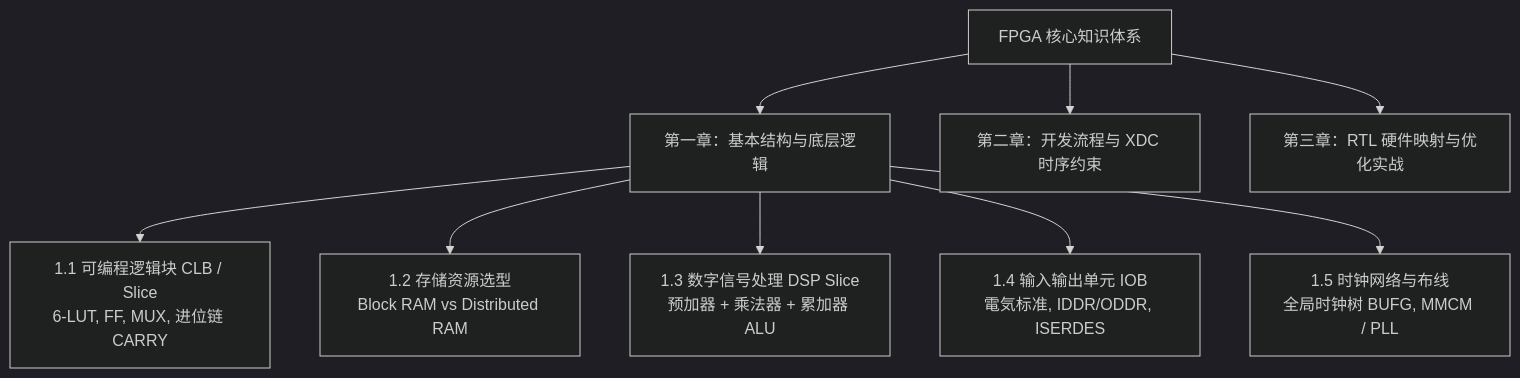
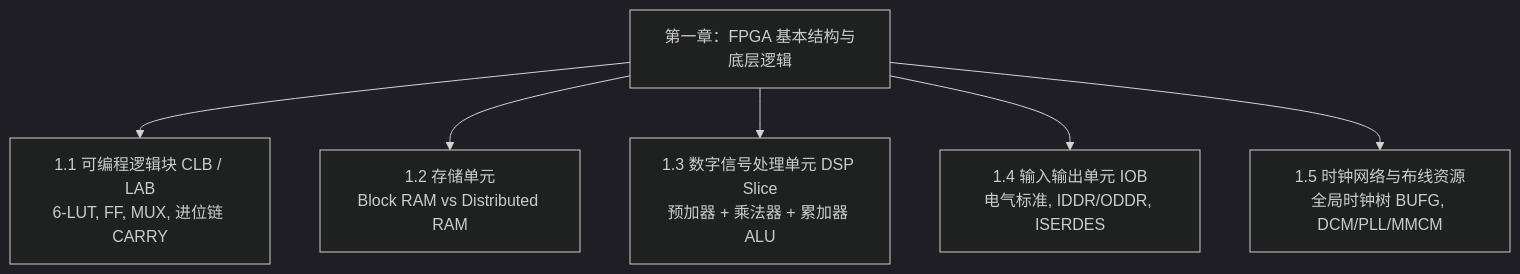
Before and after one commit to hyh20050326-web/notes: the diagram in docs/fpga/index.md, drawn with Mermaid (dark theme). The commit also changed other lines of this file and 3 other files, not shown here.

````diff
--- a/docs/fpga/index.md
+++ b/docs/fpga/index.md
@@ -11,12 +11,8 @@
 ```mermaid
 graph TD
-    A[FPGA 核心知识体系] --> B[第一章：基本结构与底层逻辑]
-    A --> C[第二章：开发流程与 XDC 时序约束]
-    A --> D[第三章：RTL 硬件映射与优化实战]
-
-    B --> B1[1.1 可编程逻辑块 CLB / Slice<br>6-LUT, FF, MUX, 进位链 CARRY]
-    B --> B2[1.2 存储资源选型<br>Block RAM vs Distributed RAM]
-    B --> B3[1.3 数字信号处理 DSP Slice<br>预加器 + 乘法器 + 累加器 ALU]
-    B --> B4[1.4 输入输出单元 IOB<br>電気标准, IDDR/ODDR, ISERDES]
-    B --> B5[1.5 时钟网络与布线<br>全局时钟树 BUFG, MMCM / PLL]
+    B[第一章：FPGA 基本结构与底层逻辑] --> B1[1.1 可编程逻辑块 CLB / LAB<br>6-LUT, FF, MUX, 进位链 CARRY]
+    B --> B2[1.2 存储单元<br>Block RAM vs Distributed RAM]
+    B --> B3[1.3 数字信号处理单元 DSP Slice<br>预加器 + 乘法器 + 累加器 ALU]
+    B --> B4[1.4 输入输出单元 IOB<br>电气标准, IDDR/ODDR, ISERDES]
+    B --> B5[1.5 时钟网络与布线资源<br>全局时钟树 BUFG, DCM/PLL/MMCM]
 ```
````
